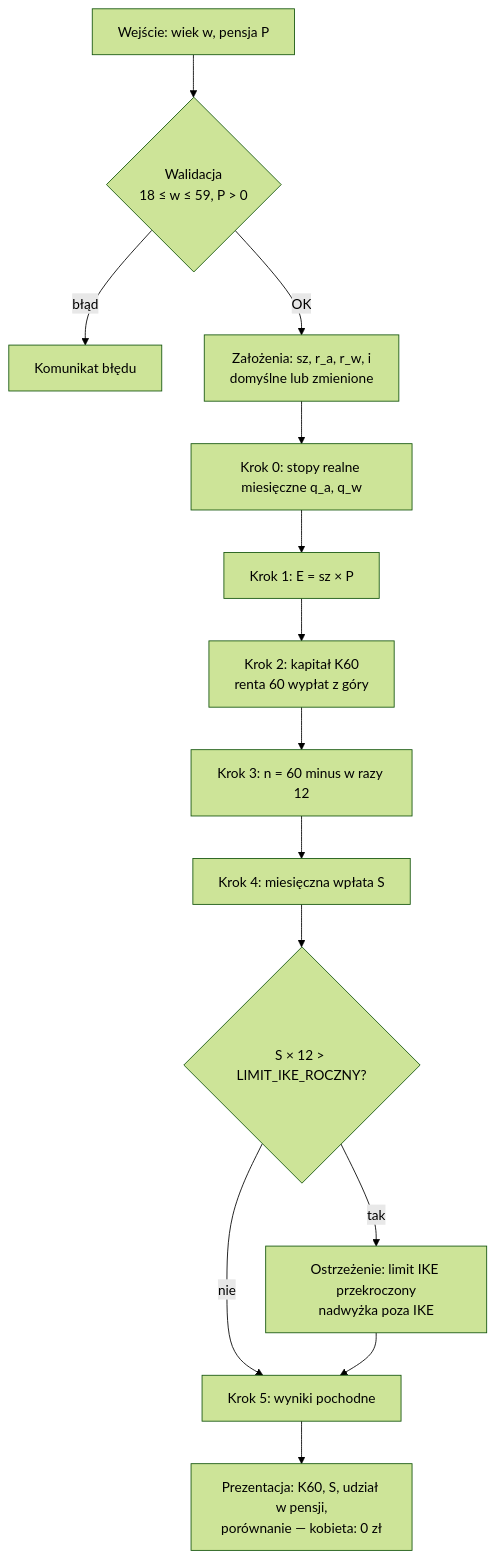
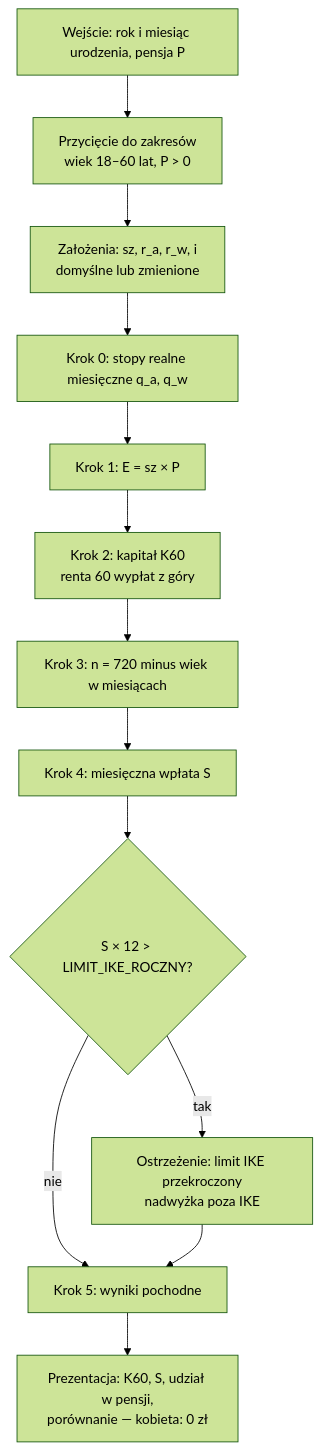
Before and after one commit to karol-gro/meska-emerytura: the diagram in ALGORYTM-IKE.md, drawn with Mermaid (forest theme). The commit also changed other lines of this file and 72 other files, not shown here.

````diff
--- a/ALGORYTM-IKE.md
+++ b/ALGORYTM-IKE.md
@@ -137,16 +140,15 @@
 ```mermaid
 flowchart TD
-    A[Wejście: wiek w, pensja P] --> B{Walidacja<br/>18 ≤ w ≤ 59, P > 0}
-    B -- błąd --> B1[Komunikat błędu]
-    B -- OK --> C[Założenia: sz, r_a, r_w, i<br/>domyślne lub zmienione]
+    A[Wejście: rok i miesiąc urodzenia, pensja P] --> B[Przycięcie do zakresów<br/>wiek 18–60 lat, P > 0]
+    B --> C[Założenia: sz, r_a, r_w, i<br/>domyślne lub zmienione]
     C --> D[Krok 0: stopy realne miesięczne q_a, q_w]
     D --> E[Krok 1: E = sz × P]
     E --> F[Krok 2: kapitał K60<br/>renta 60 wypłat z góry]
-    F --> G[Krok 3: n = 60 minus w razy 12]
+    F --> G[Krok 3: n = 720 minus wiek w miesiącach]
     G --> H[Krok 4: miesięczna wpłata S]
     H --> I{S × 12 > LIMIT_IKE_ROCZNY?}
     I -- tak --> I1[Ostrzeżenie: limit IKE przekroczony<br/>nadwyżka poza IKE]
     I -- nie --> J
     I1 --> J[Krok 5: wyniki pochodne]
     J --> K[Prezentacja: K60, S, udział w pensji,<br/>porównanie — kobieta: 0 zł]
 ```
````
